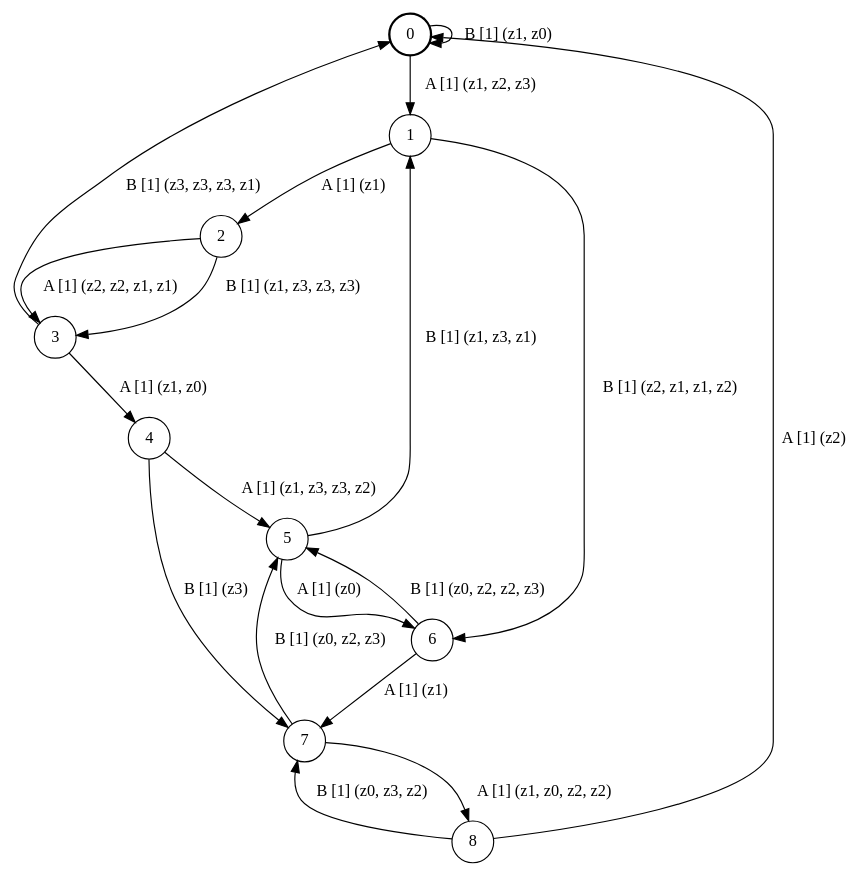
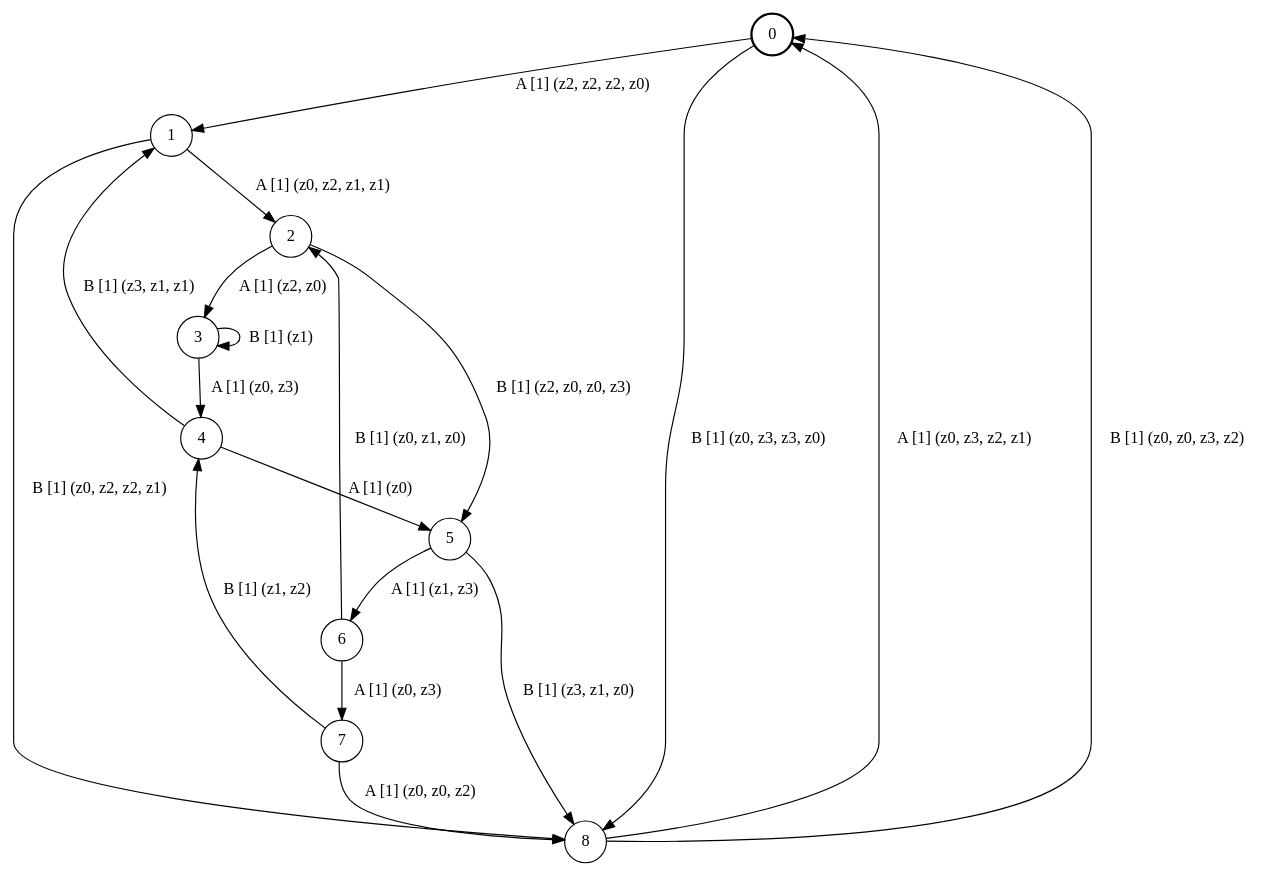
One commit to ulyantsev/EFSM-tools changed the diagram in qbf/testing/fsm_9s2e4a.dot. Above: the diagram before and after it, drawn with Graphviz. The commit also changed 3063 other files, not shown here.

```diff
--- a/qbf/testing/fsm_9s2e4a.dot
+++ b/qbf/testing/fsm_9s2e4a.dot
@@ -1,24 +1,24 @@
 # generated file, don't try to modify
 # command: dot -Tpng <filename> > tree.png
 digraph Automaton {
     node [shape = circle];
     0 [style = "bold"];
-    0 -> 1 [label = "A [1] (z1, z2, z3) "];
-    0 -> 0 [label = "B [1] (z1, z0) "];
-    1 -> 2 [label = "A [1] (z1) "];
-    1 -> 6 [label = "B [1] (z2, z1, z1, z2) "];
-    2 -> 3 [label = "A [1] (z2, z2, z1, z1) "];
-    2 -> 3 [label = "B [1] (z1, z3, z3, z3) "];
-    3 -> 4 [label = "A [1] (z1, z0) "];
-    3 -> 0 [label = "B [1] (z3, z3, z3, z1) "];
-    4 -> 5 [label = "A [1] (z1, z3, z3, z2) "];
-    4 -> 7 [label = "B [1] (z3) "];
-    5 -> 6 [label = "A [1] (z0) "];
-    5 -> 1 [label = "B [1] (z1, z3, z1) "];
-    6 -> 7 [label = "A [1] (z1) "];
-    6 -> 5 [label = "B [1] (z0, z2, z2, z3) "];
-    7 -> 8 [label = "A [1] (z1, z0, z2, z2) "];
-    7 -> 5 [label = "B [1] (z0, z2, z3) "];
-    8 -> 0 [label = "A [1] (z2) "];
-    8 -> 7 [label = "B [1] (z0, z3, z2) "];
+    0 -> 1 [label = "A [1] (z2, z2, z2, z0) "];
+    0 -> 8 [label = "B [1] (z0, z3, z3, z0) "];
+    1 -> 2 [label = "A [1] (z0, z2, z1, z1) "];
+    1 -> 8 [label = "B [1] (z0, z2, z2, z1) "];
+    2 -> 3 [label = "A [1] (z2, z0) "];
+    2 -> 5 [label = "B [1] (z2, z0, z0, z3) "];
+    3 -> 4 [label = "A [1] (z0, z3) "];
+    3 -> 3 [label = "B [1] (z1) "];
+    4 -> 5 [label = "A [1] (z0) "];
+    4 -> 1 [label = "B [1] (z3, z1, z1) "];
+    5 -> 6 [label = "A [1] (z1, z3) "];
+    5 -> 8 [label = "B [1] (z3, z1, z0) "];
+    6 -> 7 [label = "A [1] (z0, z3) "];
+    6 -> 2 [label = "B [1] (z0, z1, z0) "];
+    7 -> 8 [label = "A [1] (z0, z0, z2) "];
+    7 -> 4 [label = "B [1] (z1, z2) "];
+    8 -> 0 [label = "A [1] (z0, z3, z2, z1) "];
+    8 -> 0 [label = "B [1] (z0, z0, z3, z2) "];
 }
```
